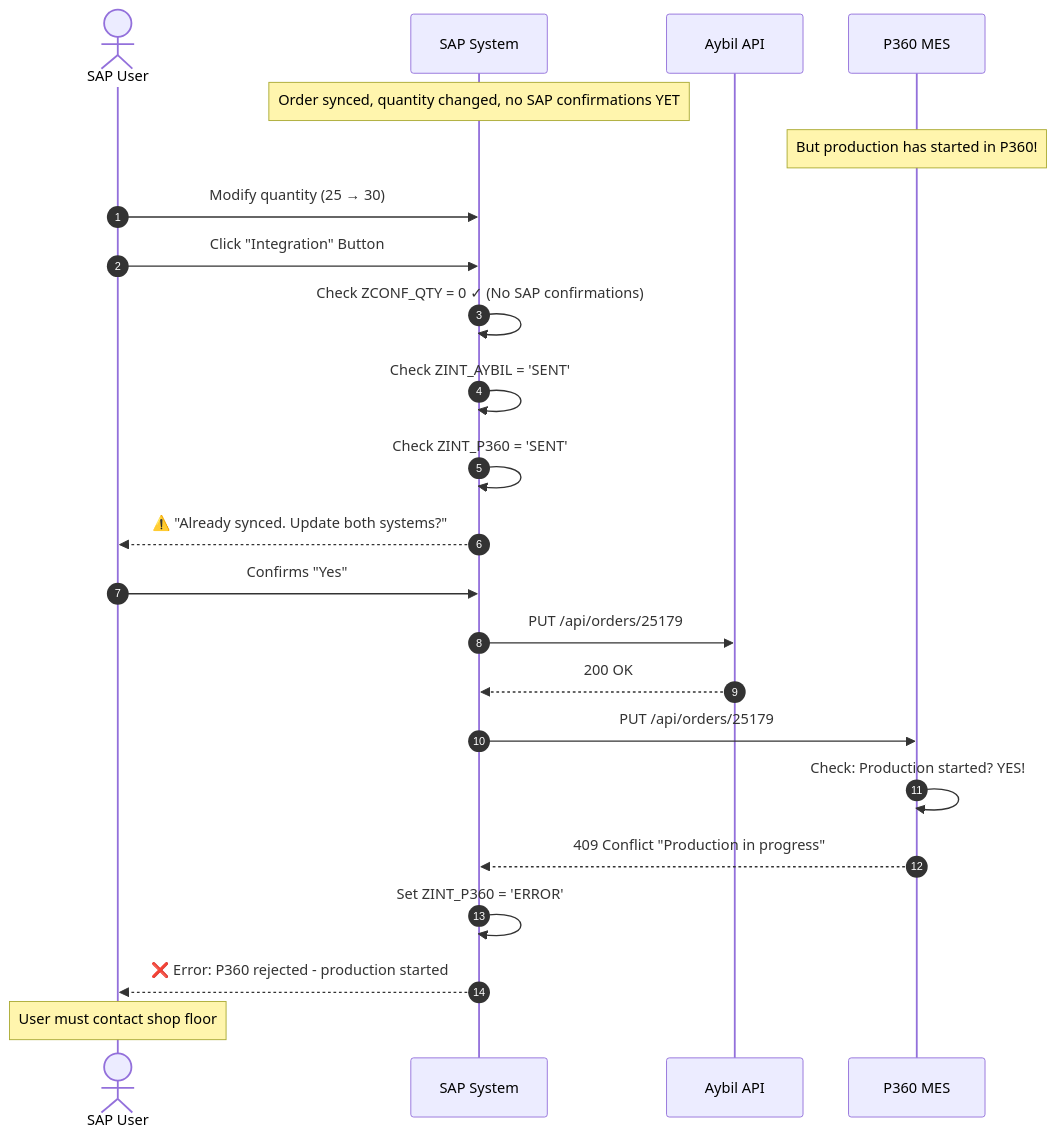
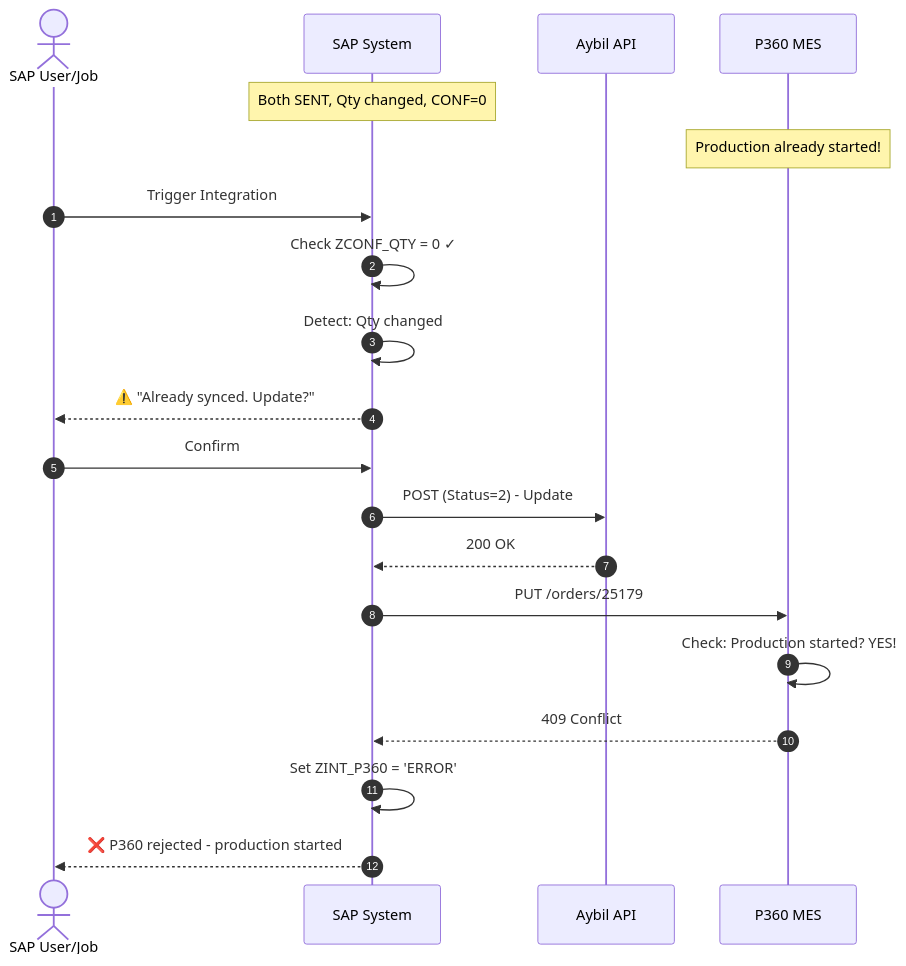
Before and after one commit to genciii/genciii: the fourth of 5 diagrams in P360_Order_Integration.md, drawn with Mermaid. The commit also changed other lines of this file, not shown here.

````diff
--- a/P360_Order_Integration.md
+++ b/P360_Order_Integration.md
@@ -386,33 +570,27 @@
 ```mermaid
 sequenceDiagram
     autonumber
-    actor User as SAP User
+    actor User as SAP User/Job
     participant SAP as SAP System
     participant Aybil as Aybil API
     participant P360 as P360 MES
 
-    Note over SAP: Order synced, quantity changed, no SAP confirmations YET
-    Note over P360: But production has started in P360!
+    Note over SAP: Both SENT, Qty changed, CONF=0
+    Note over P360: Production already started!
     
-    User->>SAP: Modify quantity (25 → 30)
-    User->>SAP: Click "Integration" Button
+    User->>SAP: Trigger Integration
+    SAP->>SAP: Check ZCONF_QTY = 0 ✓
+    SAP->>SAP: Detect: Qty changed
+    SAP-->>User: ⚠️ "Already synced. Update?"
+    User->>SAP: Confirm
     
-    SAP->>SAP: Check ZCONF_QTY = 0 ✓ (No SAP confirmations)
-    SAP->>SAP: Check ZINT_AYBIL = 'SENT'
-    SAP->>SAP: Check ZINT_P360 = 'SENT'
-    
-    SAP-->>User: ⚠️ "Already synced. Update both systems?"
-    User->>SAP: Confirms "Yes"
-    
-    SAP->>Aybil: PUT /api/orders/25179
+    SAP->>Aybil: POST (Status=2) - Update
     Aybil-->>SAP: 200 OK
     
-    SAP->>P360: PUT /api/orders/25179
+    SAP->>P360: PUT /orders/25179
     P360->>P360: Check: Production started? YES!
-    P360-->>SAP: 409 Conflict "Production in progress"
+    P360-->>SAP: 409 Conflict
     
     SAP->>SAP: Set ZINT_P360 = 'ERROR'
-    SAP-->>User: ❌ Error: P360 rejected - production started
-    
-    Note over User: User must contact shop floor
+    SAP-->>User: ❌ P360 rejected - production started
 ```
````
